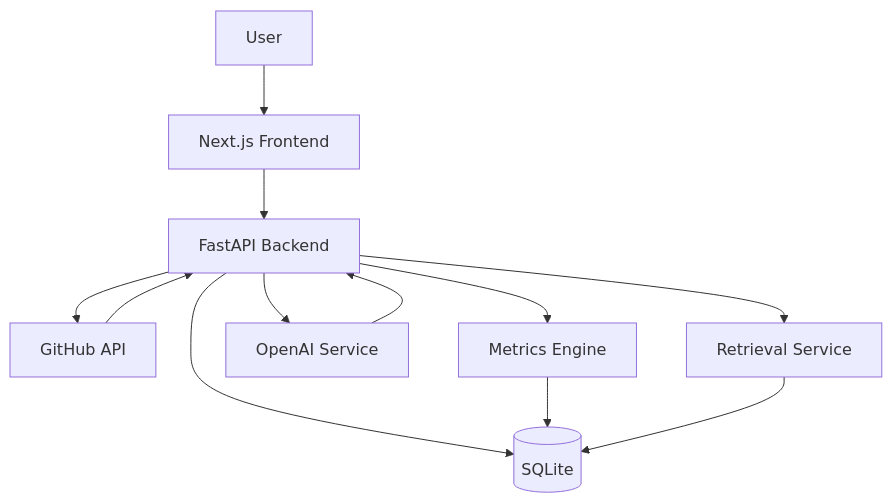
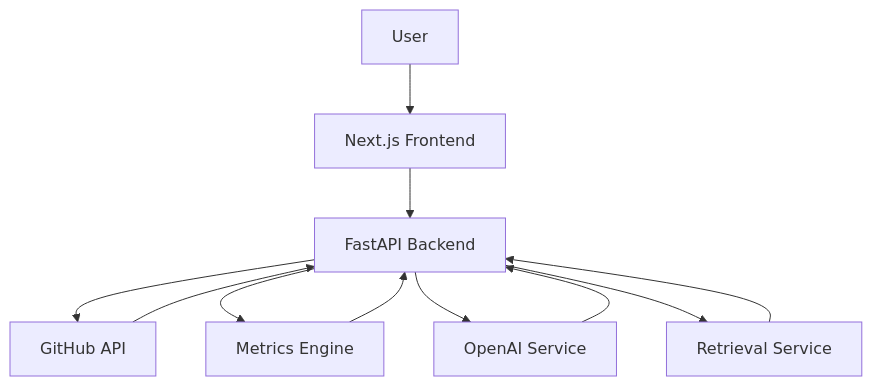
One commit to akhilvreddy/RepoLens changed the diagram in README.md. Above: the diagram before and after it, drawn with Mermaid. The commit also changed other lines of this file and 19 other files, not shown here.

````diff
--- a/README.md
+++ b/README.md
@@ -16,14 +16,13 @@
 ```mermaid
 flowchart TD
     U[User] --> F[Next.js Frontend]
     F --> B[FastAPI Backend]
     B --> G[GitHub API]
     B --> M[Metrics Engine]
     B --> O[OpenAI Service]
     B --> R[Retrieval Service]
-    B --> D[(SQLite)]
     G --> B
-    M --> D
-    R --> D
+    M --> B
+    R --> B
     O --> B
 ```
````
